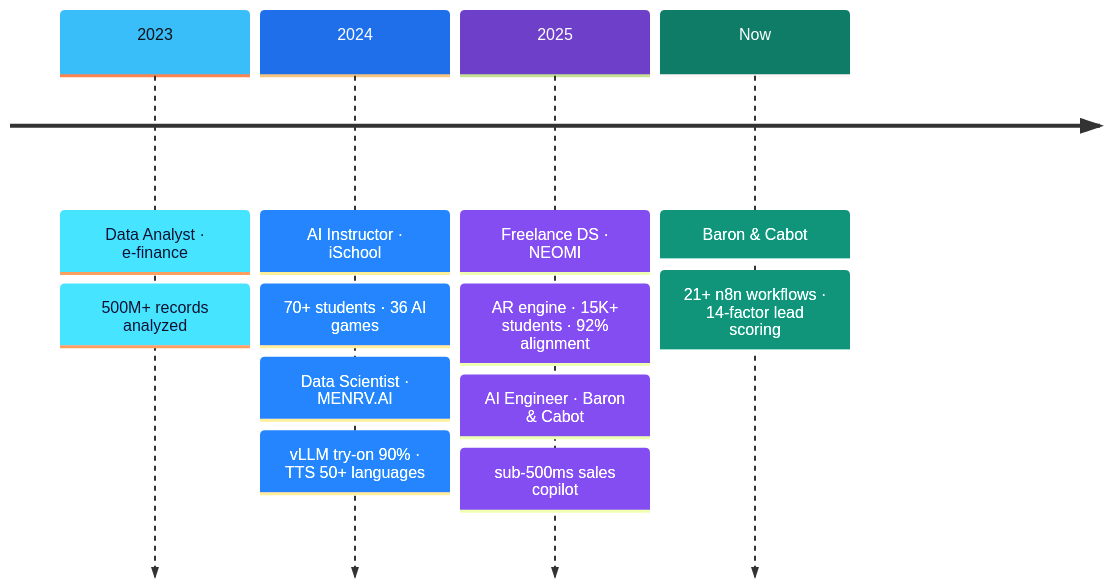
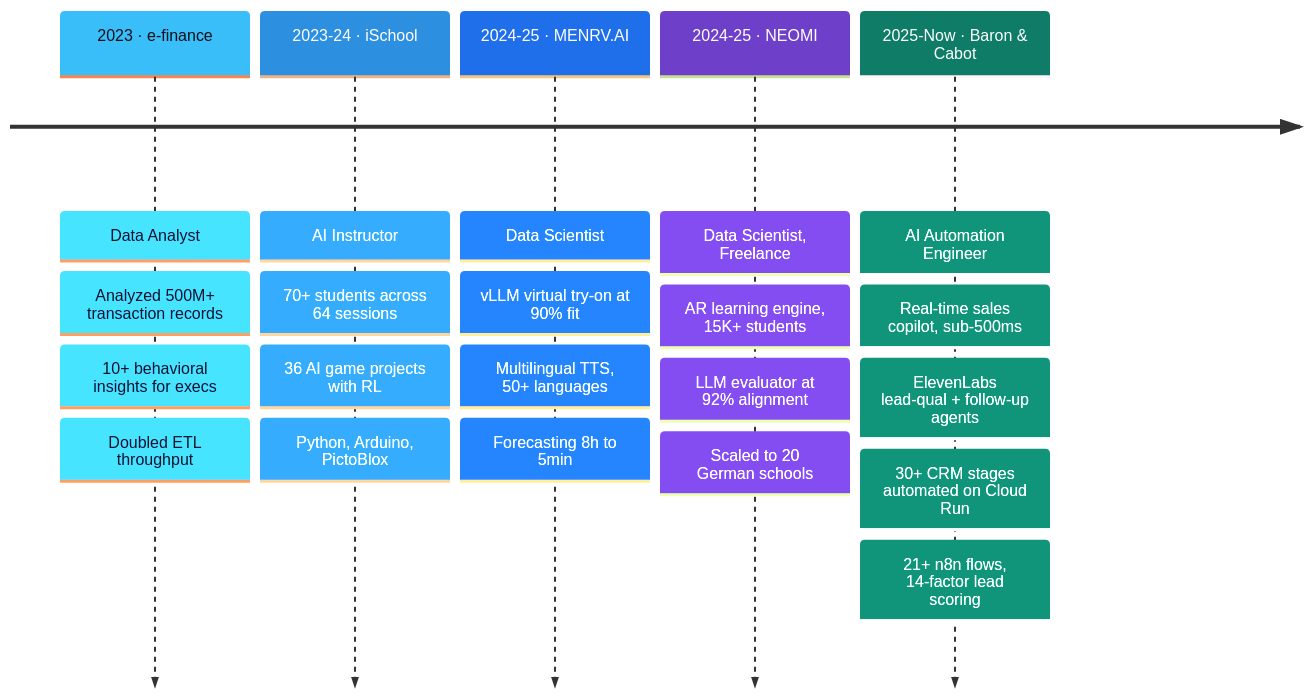
One commit to eyadelfar/eyadelfar changed the first of 2 diagrams in README.md. Above: the diagram before and after it, drawn with Mermaid. The commit also changed other lines of this file, not shown here.

````diff
--- a/README.md
+++ b/README.md
@@ -75,10 +75,9 @@
 ```mermaid
-%%{init: {'theme':'base','themeVariables':{'fontFamily':'monospace','cScale0':'#3ABEF9','cScale1':'#1F6FEB','cScale2':'#6E40C9','cScale3':'#0E7C66','cScaleLabel0':'#0D1117','cScaleLabel1':'#ffffff','cScaleLabel2':'#ffffff','cScaleLabel3':'#ffffff'}}}%%
+%%{init: {'theme':'base','themeVariables':{'fontFamily':'monospace','cScale0':'#3ABEF9','cScale1':'#2D8FE0','cScale2':'#1F6FEB','cScale3':'#6E40C9','cScale4':'#0E7C66','cScaleLabel0':'#0D1117','cScaleLabel1':'#ffffff','cScaleLabel2':'#ffffff','cScaleLabel3':'#ffffff','cScaleLabel4':'#ffffff'}}}%%
 timeline
-    2023 : Data Analyst · e-finance : 500M+ records analyzed
-    2024 : AI Instructor · iSchool : 70+ students · 36 AI games
-         : Data Scientist · MENRV.AI : vLLM try-on 90% · TTS 50+ languages
-    2025 : Freelance DS · NEOMI : AR engine · 15K+ students · 92% alignment
-         : AI Engineer · Baron & Cabot : sub-500ms sales copilot
-    Now  : Baron & Cabot : 21+ n8n workflows · 14-factor lead scoring
+    2023 · e-finance : Data Analyst : Analyzed 500M+ transaction records : 10+ behavioral insights for execs : Doubled ETL throughput
+    2023-24 · iSchool : AI Instructor : 70+ students across 64 sessions : 36 AI game projects with RL : Python, Arduino, PictoBlox
+    2024-25 · MENRV.AI : Data Scientist : vLLM virtual try-on at 90% fit : Multilingual TTS, 50+ languages : Forecasting 8h to 5min
+    2024-25 · NEOMI : Data Scientist, Freelance : AR learning engine, 15K+ students : LLM evaluator at 92% alignment : Scaled to 20 German schools
+    2025-Now · Baron & Cabot : AI Automation Engineer : Real-time sales copilot, sub-500ms : ElevenLabs lead-qual + follow-up agents : 30+ CRM stages automated on Cloud Run : 21+ n8n flows, 14-factor lead scoring
 ```
````
